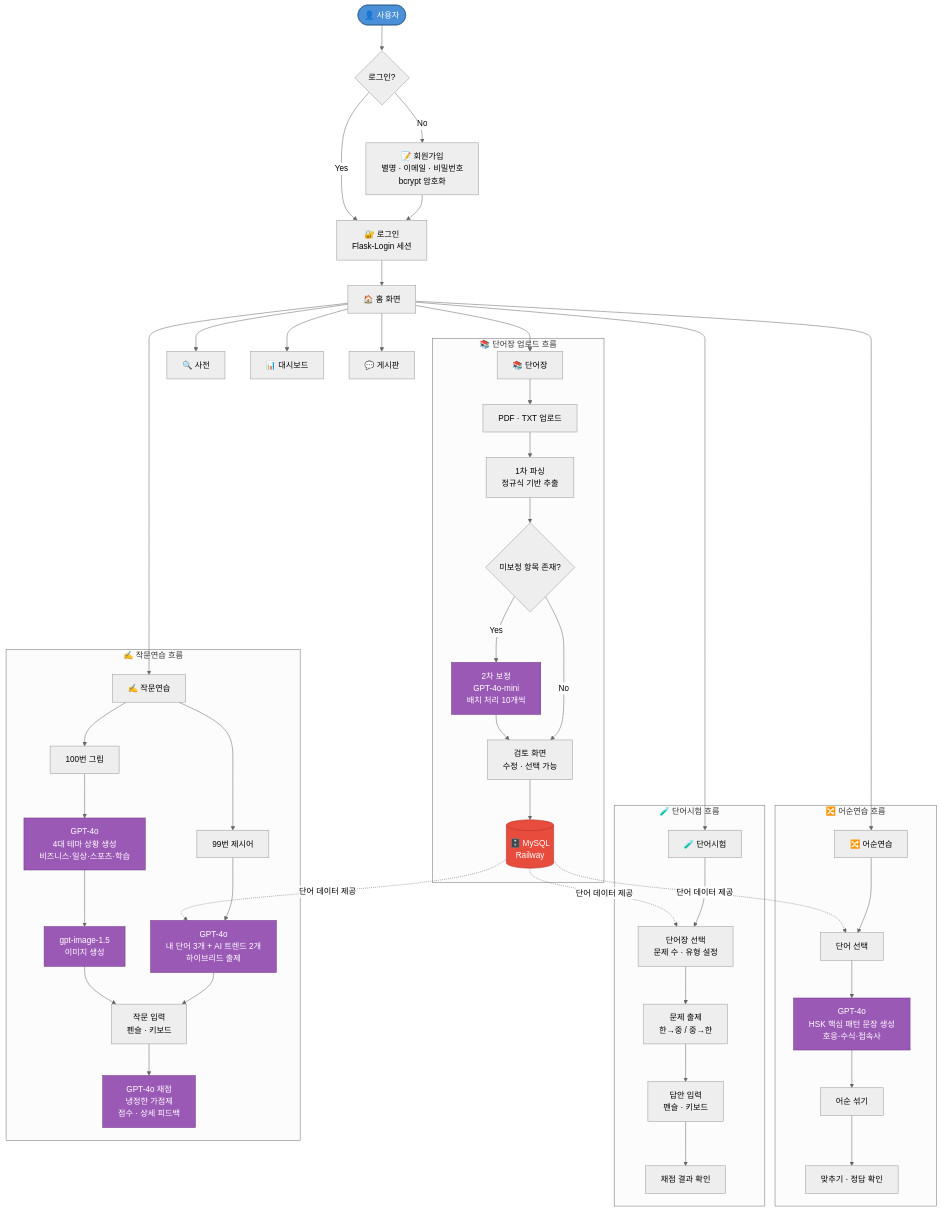
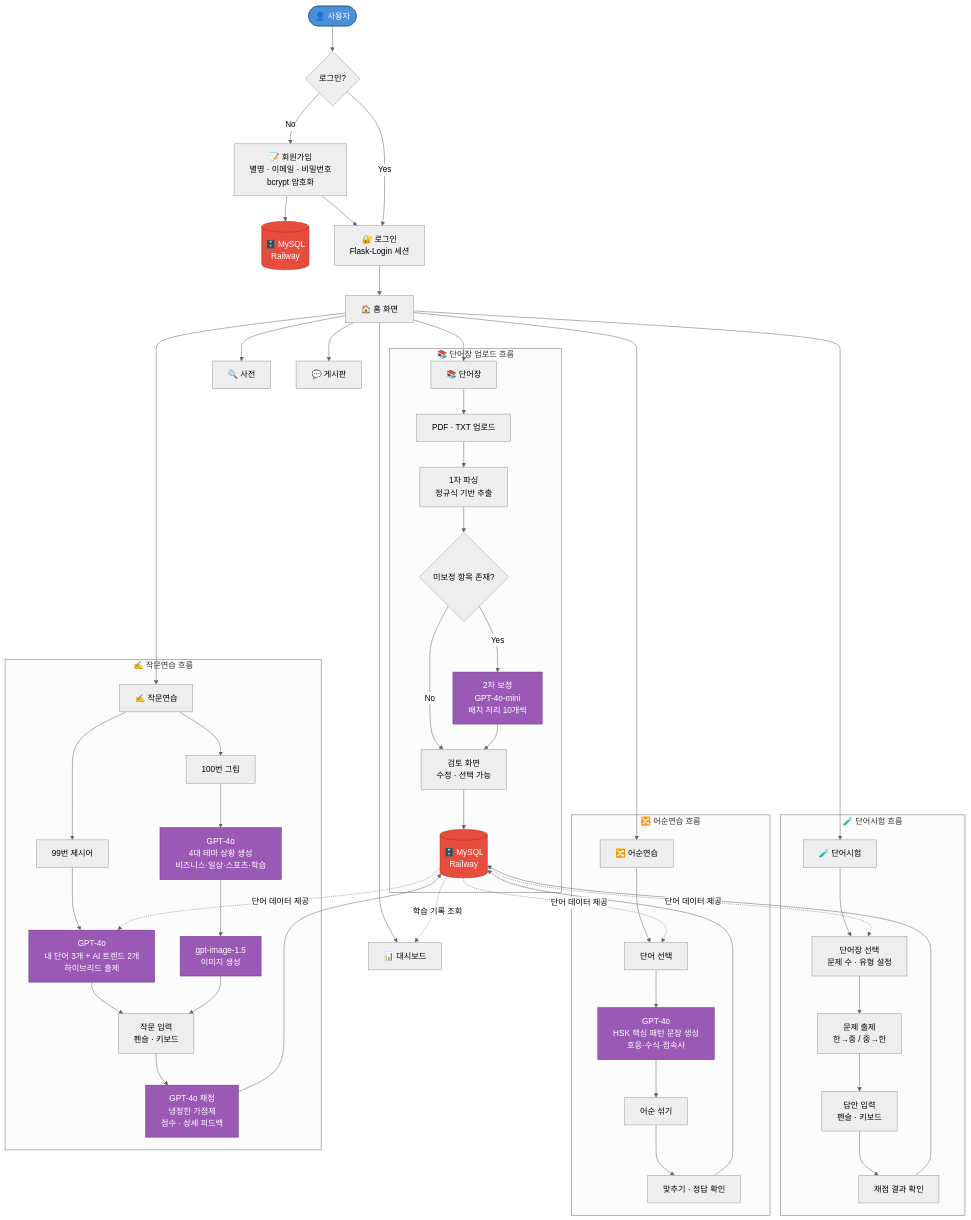
The diagram in 플로우차트.md (asteria412/vocahigh-V2), drawn with Mermaid (neutral theme) before and after one commit.

Commit message:
docs: 플로우차트 누락 데이터 흐름 추가
회원가입→DB, 단어시험·어순·작문 채점결과→DB, DB→대시보드 흐름 추가

````diff
--- a/플로우차트.md
+++ b/플로우차트.md
@@ -1,64 +1,69 @@
 ```mermaid
 flowchart TD
     User([👤 사용자]) --> Auth{로그인?}
 
     Auth -->|No| Register["📝 회원가입<br/>별명 · 이메일 · 비밀번호<br/>bcrypt 암호화"]
+    Register --> DBUser[("🗄️ MySQL<br/>Railway")]
     Register --> Login
     Auth -->|Yes| Login["🔐 로그인<br/>Flask-Login 세션"]
     Login --> Home["🏠 홈 화면"]
 
     Home --> A["📚 단어장"]
     Home --> B["🧪 단어시험"]
     Home --> C["🔀 어순연습"]
     Home --> D["✍️ 작문연습"]
     Home --> E["🔍 사전"]
     Home --> F["📊 대시보드"]
     Home --> G["💬 게시판"]
 
     subgraph VOCAB ["📚 단어장 업로드 흐름"]
         A --> A1["PDF · TXT 업로드"]
         A1 --> A2["1차 파싱<br/>정규식 기반 추출"]
         A2 --> A3{미보정 항목 존재?}
         A3 -->|Yes| A4["2차 보정<br/>GPT-4o-mini<br/>배치 처리 10개씩"]
         A3 -->|No| A5
         A4 --> A5["검토 화면<br/>수정 · 선택 가능"]
         A5 --> DB[("🗄️ MySQL<br/>Railway")]
     end
 
     subgraph QUIZ ["🧪 단어시험 흐름"]
         B --> B1["단어장 선택<br/>문제 수 · 유형 설정"]
         B1 --> B2["문제 출제<br/>한→중 / 중→한"]
         B2 --> B3["답안 입력<br/>펜슬 · 키보드"]
         B3 --> B4["채점 결과 확인"]
+        B4 --> DB
     end
 
     subgraph WORD ["🔀 어순연습 흐름"]
         C --> C1["단어 선택"]
         C1 --> C2["GPT-4o<br/>HSK 핵심 패턴 문장 생성<br/>호응·수식·접속사"]
         C2 --> C3["어순 섞기"]
         C3 --> C4["맞추기 · 정답 확인"]
+        C4 --> DB
     end
 
     subgraph WRITING ["✍️ 작문연습 흐름"]
         D --> D1["99번 제시어"]
         D --> D2["100번 그림"]
         D1 --> D3["GPT-4o<br/>내 단어 3개 + AI 트렌드 2개<br/>하이브리드 출제"]
         D2 --> D4["GPT-4o<br/>4대 테마 상황 생성<br/>비즈니스·일상·스포츠·학습"]
         D4 --> D5["gpt-image-1.5<br/>이미지 생성"]
         D3 --> D6["작문 입력<br/>펜슬 · 키보드"]
         D5 --> D6
         D6 --> D7["GPT-4o 채점<br/>냉정한 가점제<br/>점수 · 상세 피드백"]
+        D7 --> DB
     end
 
     DB -.->|단어 데이터 제공| B1
     DB -.->|단어 데이터 제공| C1
     DB -.->|단어 데이터 제공| D3
+    DB -.->|학습 기록 조회| F
 
     classDef aiNode fill:#9B59B6,stroke:#6C3483,color:#fff
     classDef dbNode fill:#E74C3C,stroke:#A93226,color:#fff
     classDef userNode fill:#4A90D9,stroke:#2C5F8A,color:#fff
 
     class A4,C2,D3,D4,D5,D7 aiNode
-    class DB dbNode
+    class DB,DBUser dbNode
     class User userNode
 ```
````
